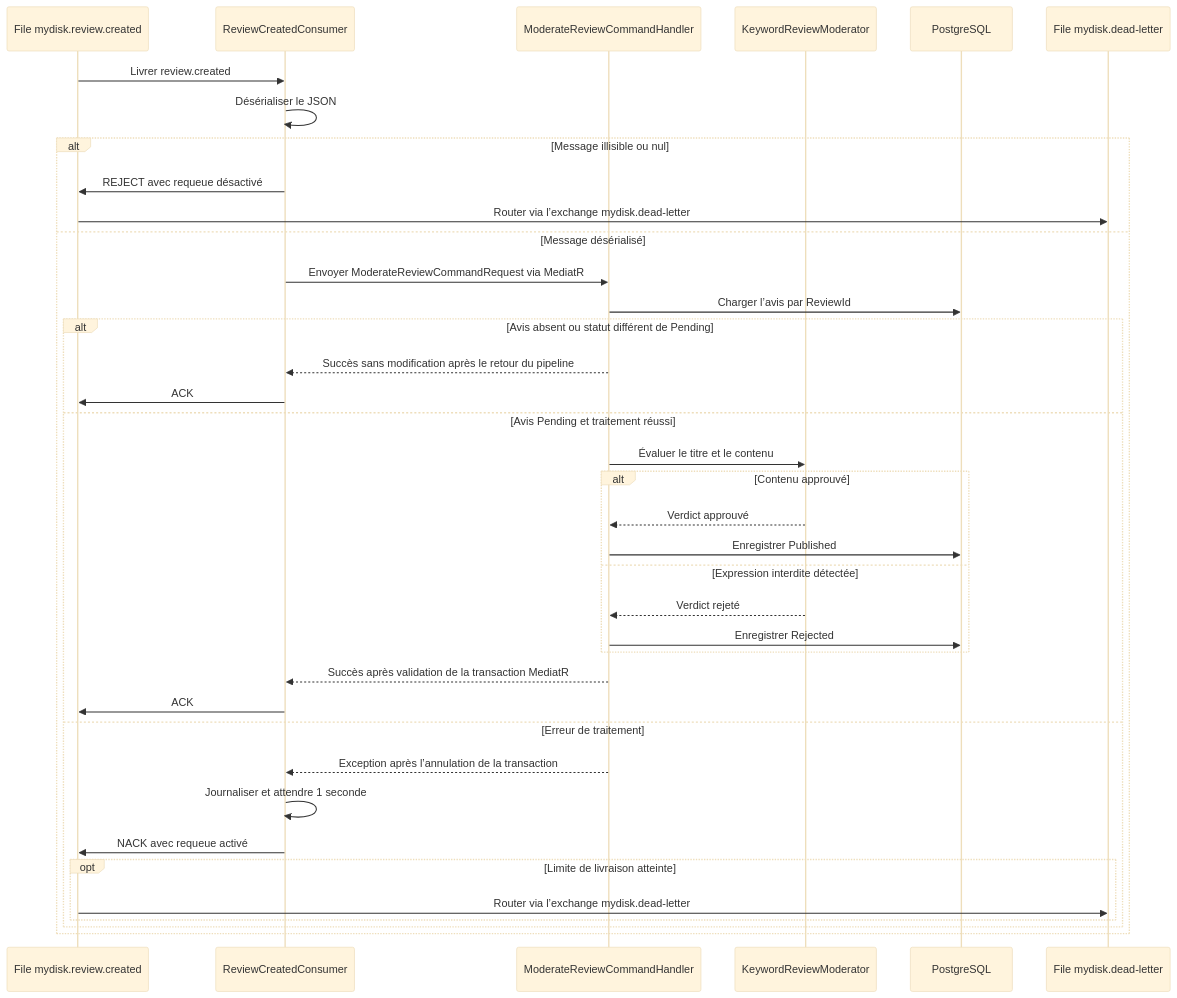
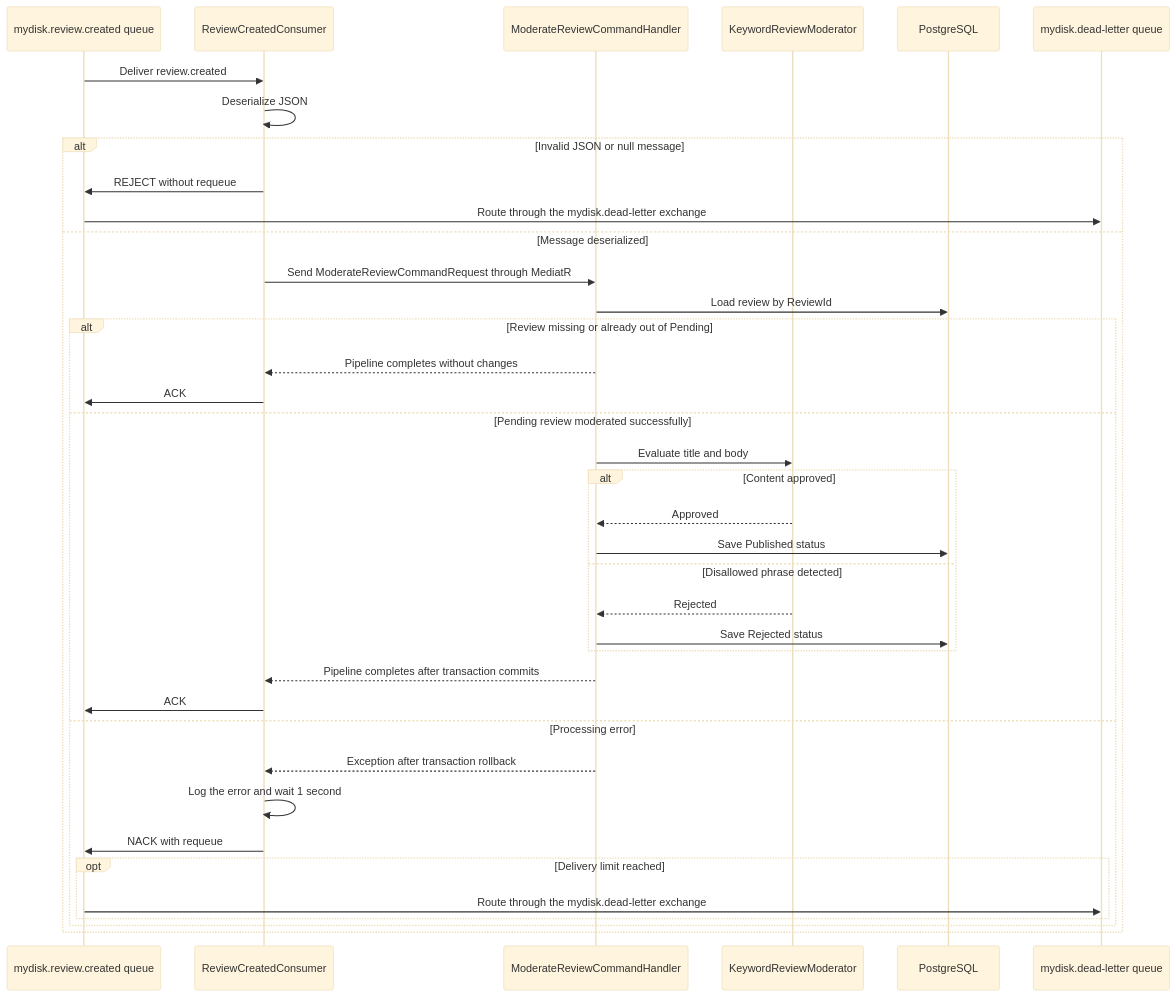
One commit to Fabian-Raeskinet/mydisk-api changed the fifth of 7 diagrams in docs/WORKER.md. Above: the diagram before and after it, drawn with Mermaid (base theme). The commit also changed other lines of this file and 5 other files, not shown here.

Commit message:
update documentation: rename use cases file and translate architecture content to English

````diff
--- a/docs/WORKER.md
+++ b/docs/WORKER.md
@@ -135,41 +135,41 @@
 ```mermaid
 sequenceDiagram
-    participant Q as File mydisk.review.created
+    participant Q as mydisk.review.created queue
     participant C as ReviewCreatedConsumer
     participant H as ModerateReviewCommandHandler
     participant M as KeywordReviewModerator
     participant DB as PostgreSQL
-    participant DLQ as File mydisk.dead-letter
+    participant DLQ as mydisk.dead-letter queue
 
-    Q->>C: Livrer review.created
-    C->>C: Désérialiser le JSON
-    alt Message illisible ou nul
-        C->>Q: REJECT avec requeue désactivé
-        Q->>DLQ: Router via l’exchange mydisk.dead-letter
-    else Message désérialisé
-        C->>H: Envoyer ModerateReviewCommandRequest via MediatR
-        H->>DB: Charger l’avis par ReviewId
-        alt Avis absent ou statut différent de Pending
-            H-->>C: Succès sans modification après le retour du pipeline
+    Q->>C: Deliver review.created
+    C->>C: Deserialize JSON
+    alt Invalid JSON or null message
+        C->>Q: REJECT without requeue
+        Q->>DLQ: Route through the mydisk.dead-letter exchange
+    else Message deserialized
+        C->>H: Send ModerateReviewCommandRequest through MediatR
+        H->>DB: Load review by ReviewId
+        alt Review missing or already out of Pending
+            H-->>C: Pipeline completes without changes
             C->>Q: ACK
-        else Avis Pending et traitement réussi
-            H->>M: Évaluer le titre et le contenu
-            alt Contenu approuvé
-                M-->>H: Verdict approuvé
-                H->>DB: Enregistrer Published
-            else Expression interdite détectée
-                M-->>H: Verdict rejeté
-                H->>DB: Enregistrer Rejected
+        else Pending review moderated successfully
+            H->>M: Evaluate title and body
+            alt Content approved
+                M-->>H: Approved
+                H->>DB: Save Published status
+            else Disallowed phrase detected
+                M-->>H: Rejected
+                H->>DB: Save Rejected status
             end
-            H-->>C: Succès après validation de la transaction MediatR
+            H-->>C: Pipeline completes after transaction commits
             C->>Q: ACK
-        else Erreur de traitement
-            H-->>C: Exception après l’annulation de la transaction
-            C->>C: Journaliser et attendre 1 seconde
-            C->>Q: NACK avec requeue activé
-            opt Limite de livraison atteinte
-                Q->>DLQ: Router via l’exchange mydisk.dead-letter
+        else Processing error
+            H-->>C: Exception after transaction rollback
+            C->>C: Log the error and wait 1 second
+            C->>Q: NACK with requeue
+            opt Delivery limit reached
+                Q->>DLQ: Route through the mydisk.dead-letter exchange
             end
         end
     end
 ```
````
